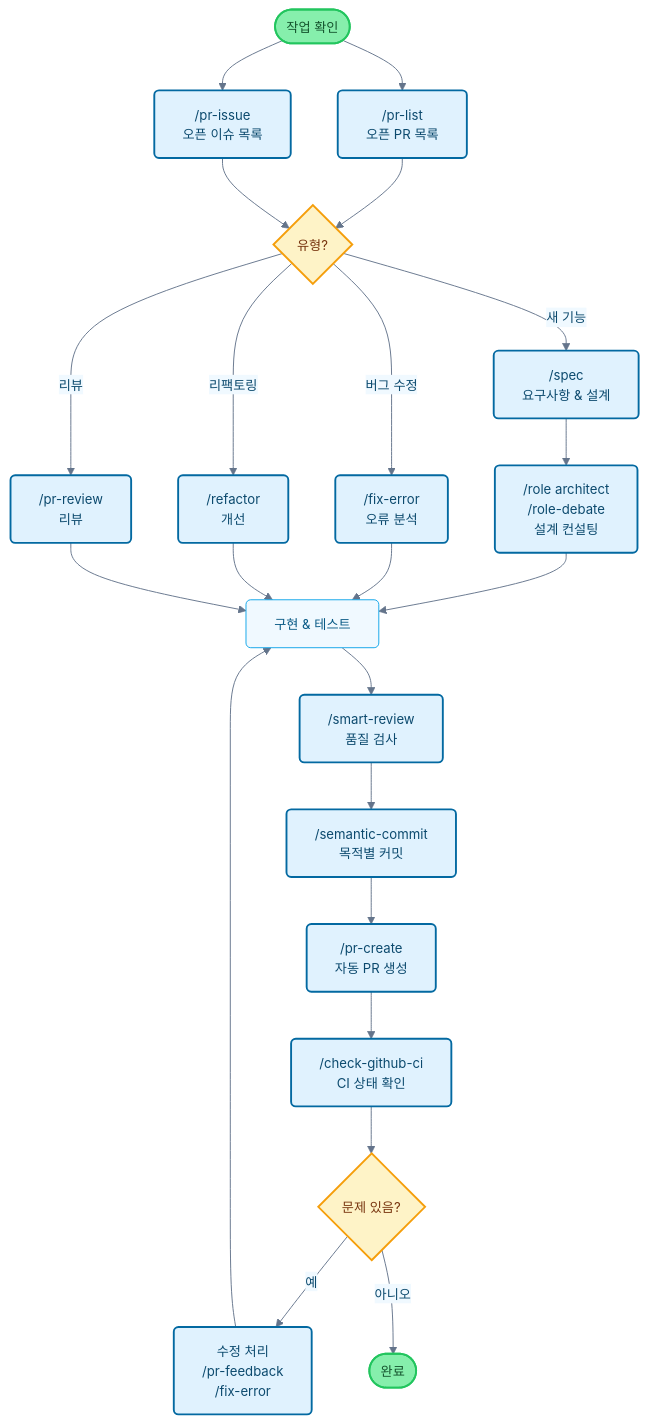
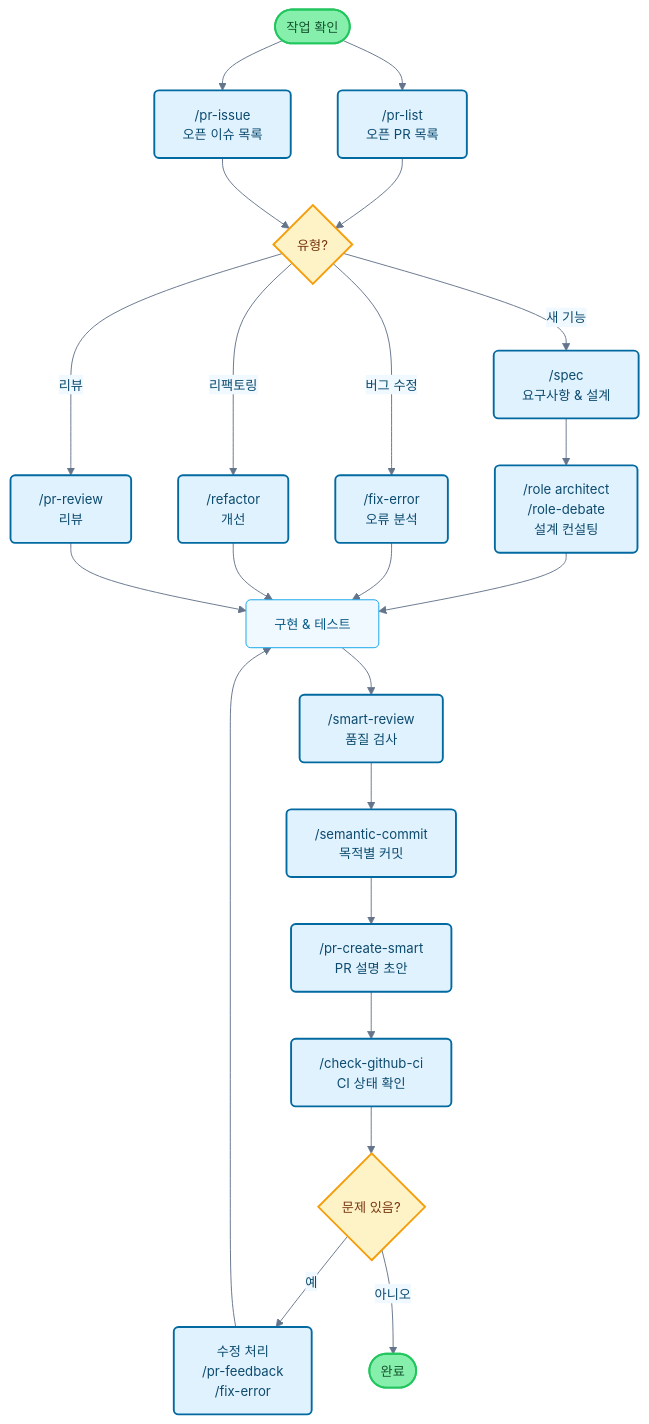
One commit to foreveryh/claude-code-cookbook changed the diagram in README_ko.md. Above: the diagram before and after it, drawn with Mermaid. The commit also changed other lines of this file and 4 other files, not shown here.

Commit message:
docs: link workflow guides in READMEs; update FR/KO flowcharts to /pr-create-smart; document --template option in deploy-check (en/ja/zh)

````diff
--- a/README_ko.md
+++ b/README_ko.md
@@ -126,42 +127,42 @@
 ```mermaid
 flowchart TB
     Start([작업 확인]) --> PRList["/pr-list<br/>오픈 PR 목록"]
     Start --> PRIssue["/pr-issue<br/>오픈 이슈 목록"]
 
     PRList --> TaskType{유형?}
     PRIssue --> TaskType
 
     TaskType -->|새 기능| Plan["/spec<br/>요구사항 & 설계"]
     TaskType -->|버그 수정| Fix["/fix-error<br/>오류 분석"]
     TaskType -->|리팩토링| Refactor["/refactor<br/>개선"]
     TaskType -->|리뷰| Review["/pr-review<br/>리뷰"]
 
     Plan --> Design["/role architect<br/>/role-debate<br/>설계 컨설팅"]
     Design --> Implementation[구현 & 테스트]
     Fix --> Implementation
     Refactor --> Implementation
     Review --> Implementation
 
     Implementation --> Check["/smart-review<br/>품질 검사"]
     Check --> Commit["/semantic-commit<br/>목적별 커밋"]
-    Commit --> PR["/pr-create<br/>자동 PR 생성"]
+    Commit --> PR["/pr-create-smart<br/>PR 설명 초안"]
     PR --> CI["/check-github-ci<br/>CI 상태 확인"]
 
     CI --> Status{문제 있음?}
     Status -->|예| Feedback["수정 처리<br/>/pr-feedback<br/>/fix-error"]
     Status -->|아니오| End([완료])
 
     Feedback --> Implementation
 
     classDef commandBox fill:#e0f2fe,stroke:#0369a1,stroke-width:2px,rx:5,ry:5,color:#0c4a6e
     classDef processBox fill:#f0f9ff,stroke:#0ea5e9,stroke-width:1px,rx:5,ry:5,color:#075985
     classDef decisionBox fill:#fef3c7,stroke:#f59e0b,stroke-width:2px,rx:5,ry:5,color:#78350f
     classDef startEnd fill:#86efac,stroke:#22c55e,stroke-width:2px,rx:20,ry:20,color:#14532d
 
     class PRList,PRIssue,Plan,Fix,Refactor,Review,Design,Check,CI,Commit,PR,Feedback commandBox
     class Implementation processBox
     class TaskType,Status decisionBox
     class Start,End startEnd
 
     %%{init: {'theme':'base', 'themeVariables': { 'primaryColor':'#e0f2fe', 'primaryTextColor':'#0c4a6e', 'primaryBorderColor':'#0369a1', 'lineColor':'#64748b', 'secondaryColor':'#f0f9ff', 'background':'#ffffff', 'mainBkg':'#ffffff', 'fontSize': '14px'}}}%%
 ```
````
